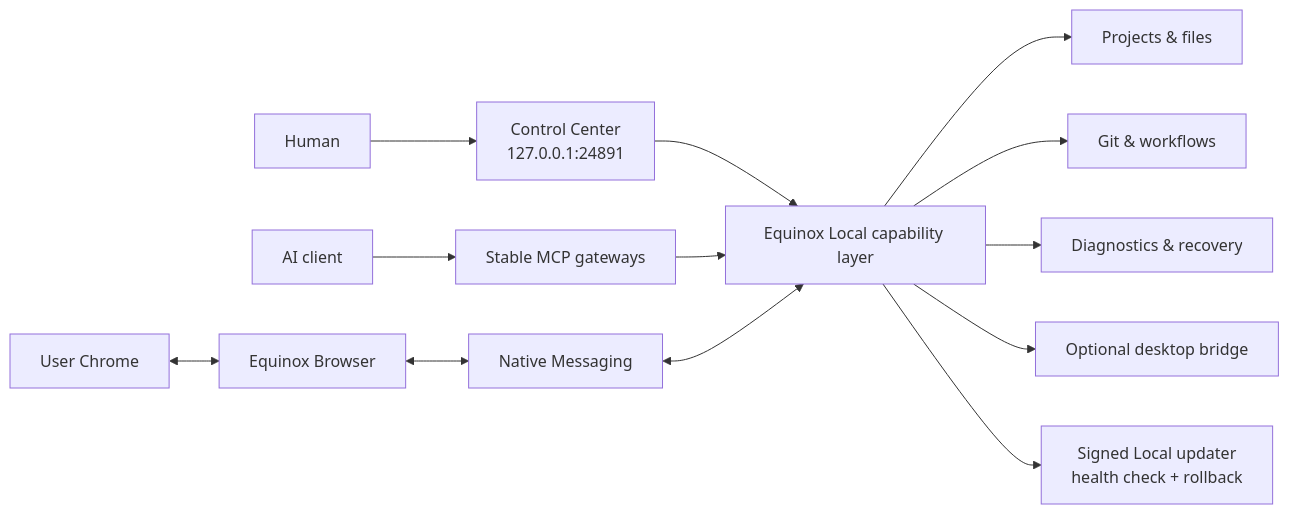
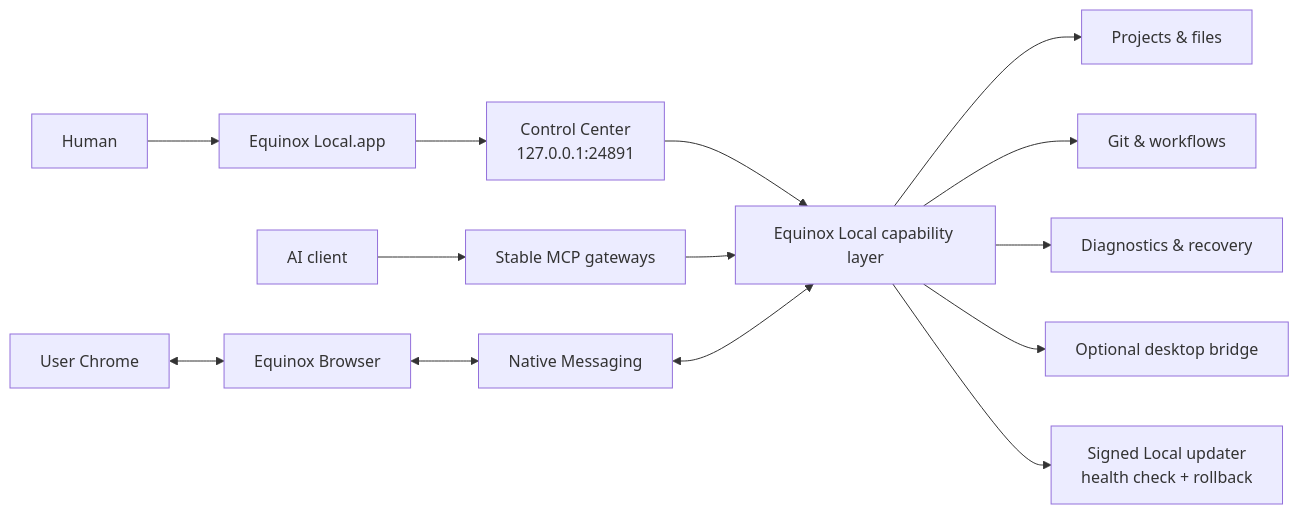
Before and after one commit to sametbasbug/equinox-local: the diagram in README.md, drawn with Mermaid. The commit also changed other lines of this file and 35 other files, not shown here.

Commit message:
Release Equinox Local 4.3.0 (#13)

````diff
--- a/README.md
+++ b/README.md
@@ -51,18 +51,19 @@
 ```mermaid
 flowchart LR
-    H[Human] --> CC[Control Center\n127.0.0.1:24891]
+    H[Human] --> APP[Equinox Local.app]
+    APP --> CC[Control Center\n127.0.0.1:24891]
     A[AI client] --> MCP[Stable MCP gateways]
     CC --> CORE[Equinox Local capability layer]
     MCP --> CORE
 
     CORE --> FILES[Projects & files]
     CORE --> GIT[Git & workflows]
     CORE --> RUNTIME[Diagnostics & recovery]
     CORE --> PEEK[Optional desktop bridge]
 
     CHROME[User Chrome] <--> EXT[Equinox Browser]
     EXT <--> NM[Native Messaging]
     NM <--> CORE
 
     CORE --> UPDATE[Signed Local updater\nhealth check + rollback]
 ```
````
